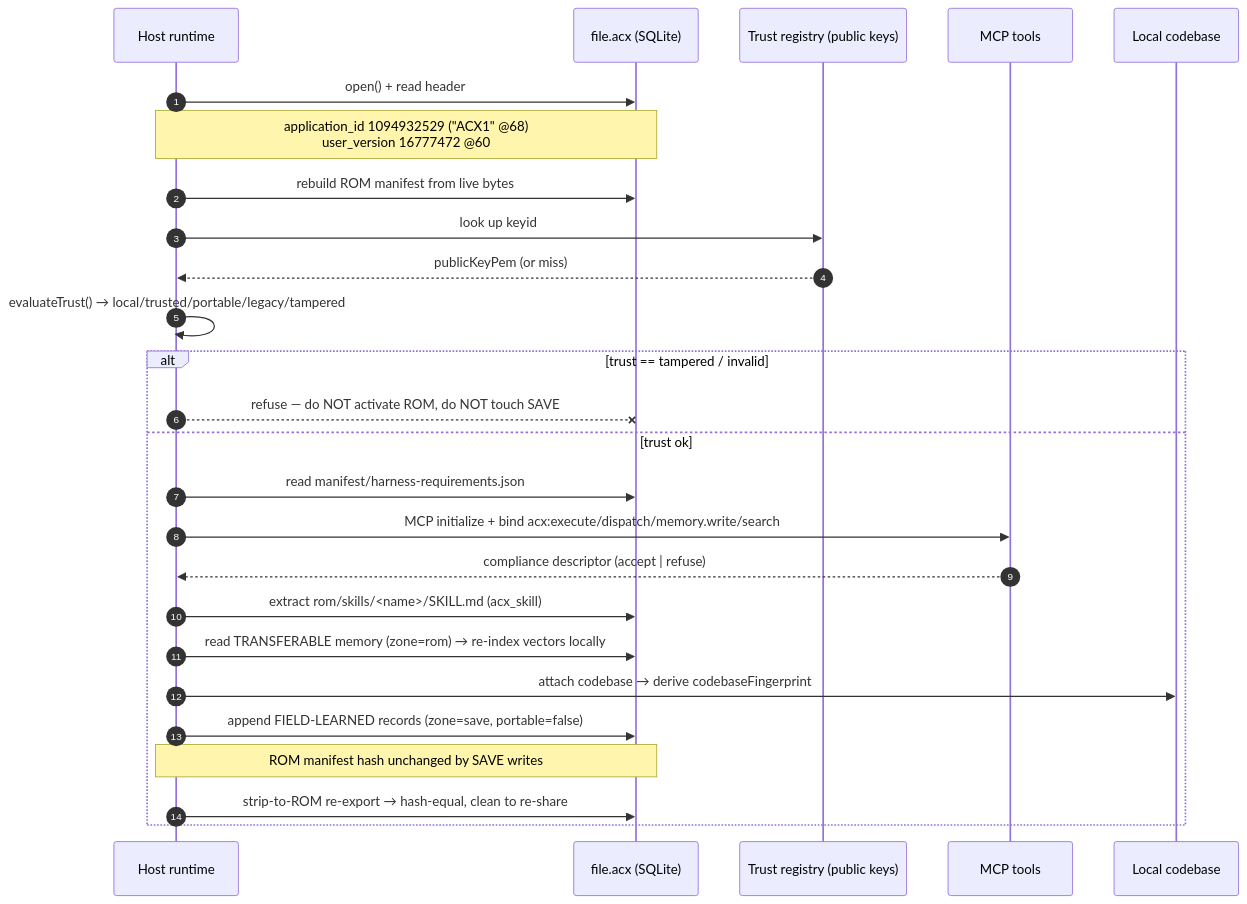
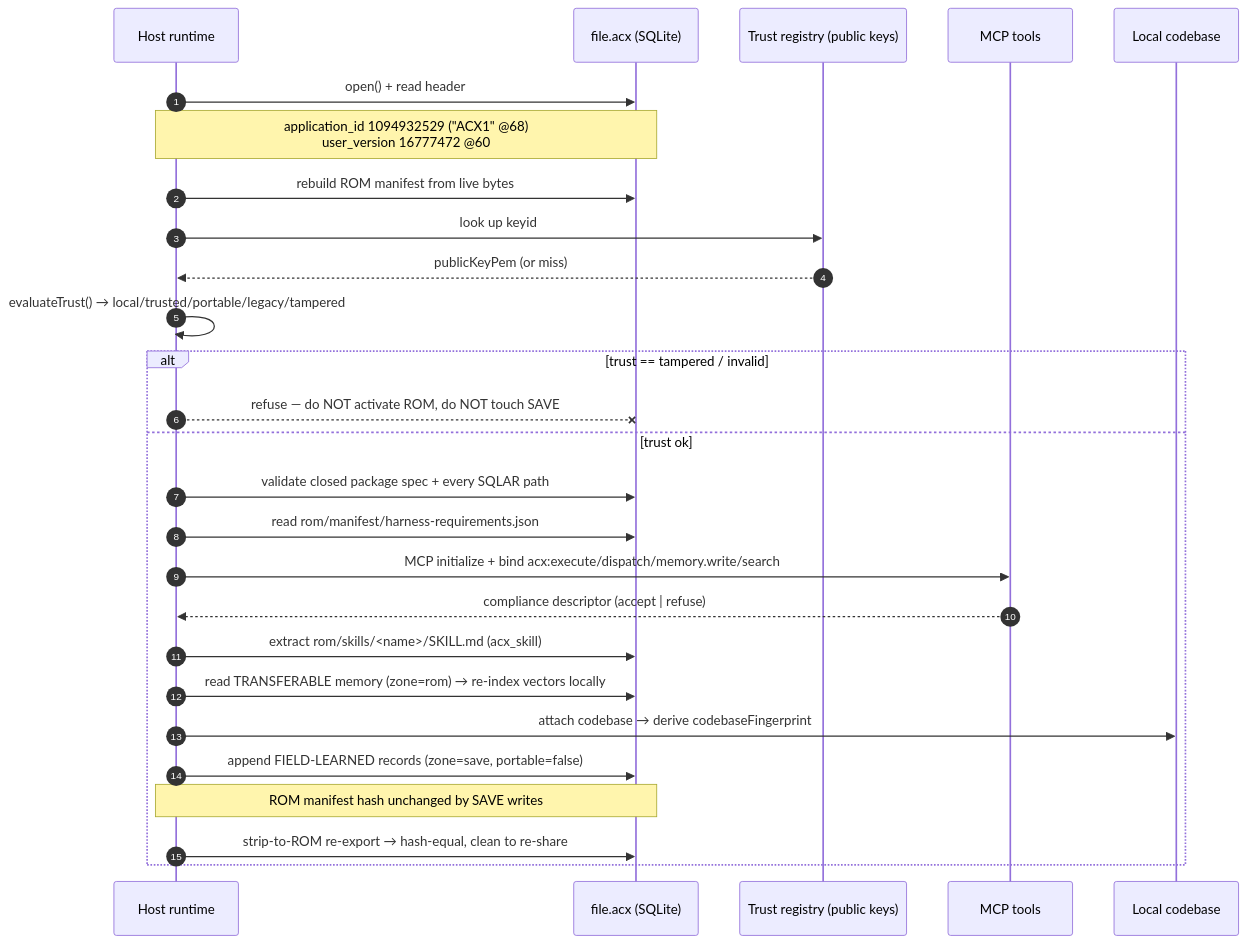
One commit to lboel/acx changed the first of 2 diagrams in docs-site/docs/lifecycle/loading.md. Above: the diagram before and after it, drawn with Mermaid. The commit also changed other lines of this file and 108 other files, not shown here.

````diff
--- a/docs-site/docs/lifecycle/loading.md
+++ b/docs-site/docs/lifecycle/loading.md
@@ -12,29 +12,30 @@
 ```mermaid
 sequenceDiagram
     autonumber
     participant H as Host runtime
     participant F as file.acx (SQLite)
     participant R as Trust registry (public keys)
     participant M as MCP tools
     participant C as Local codebase
 
     H->>F: open() + read header
     Note over H,F: application_id 1094932529 ("ACX1" @68)<br/>user_version 16777472 @60
     H->>F: rebuild ROM manifest from live bytes
     H->>R: look up keyid
     R-->>H: publicKeyPem (or miss)
     H->>H: evaluateTrust() → local/trusted/portable/legacy/tampered
     alt trust == tampered / invalid
         H--xF: refuse — do NOT activate ROM, do NOT touch SAVE
     else trust ok
-        H->>F: read manifest/harness-requirements.json
+        H->>F: validate closed package spec + every SQLAR path
+        H->>F: read rom/manifest/harness-requirements.json
         H->>M: MCP initialize + bind acx:execute/dispatch/memory.write/search
         M-->>H: compliance descriptor (accept | refuse)
         H->>F: extract rom/skills/<name>/SKILL.md (acx_skill)
         H->>F: read TRANSFERABLE memory (zone=rom) → re-index vectors locally
         H->>C: attach codebase → derive codebaseFingerprint
         H->>F: append FIELD-LEARNED records (zone=save, portable=false)
         Note over H,F: ROM manifest hash unchanged by SAVE writes
         H->>F: strip-to-ROM re-export → hash-equal, clean to re-share
     end
 ```
````
